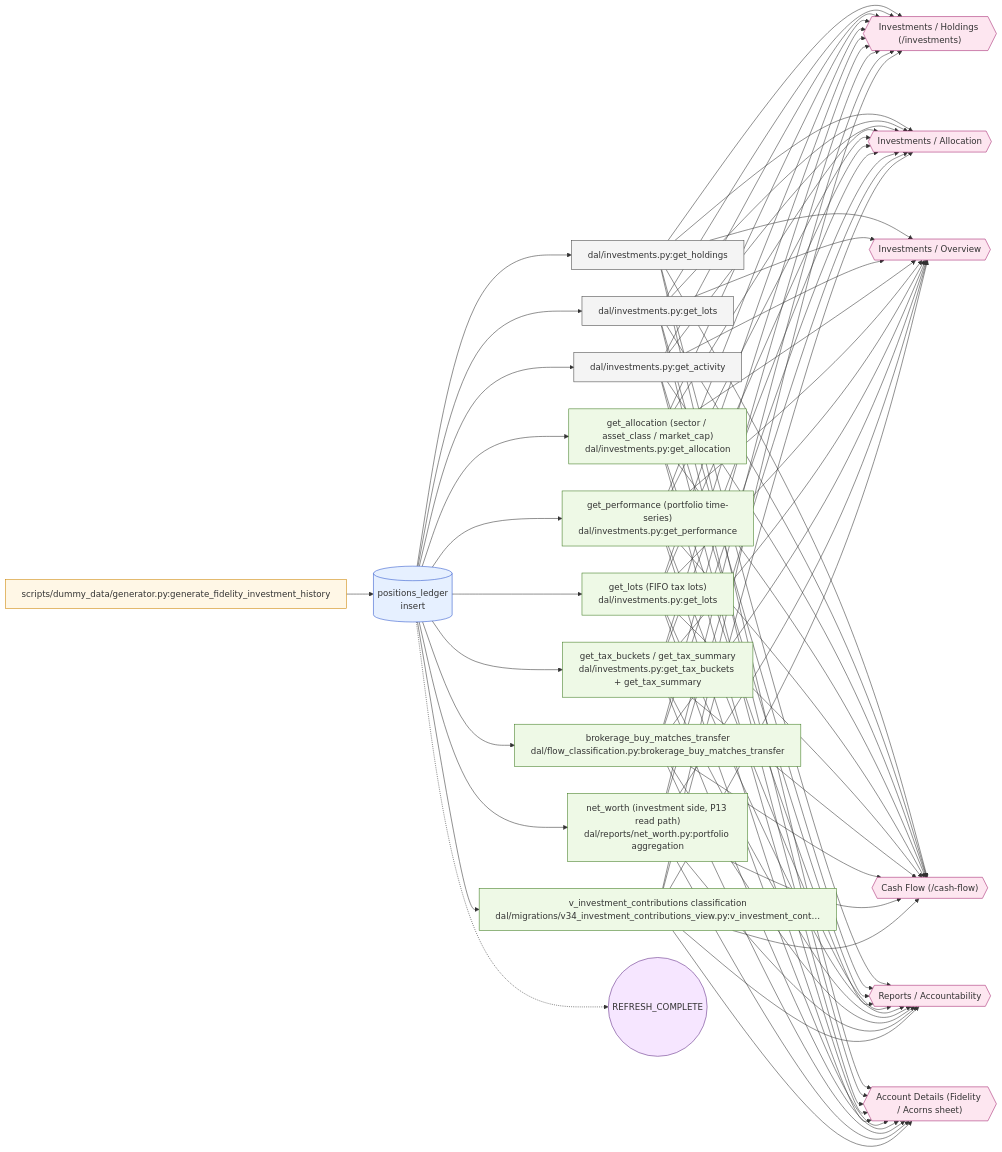
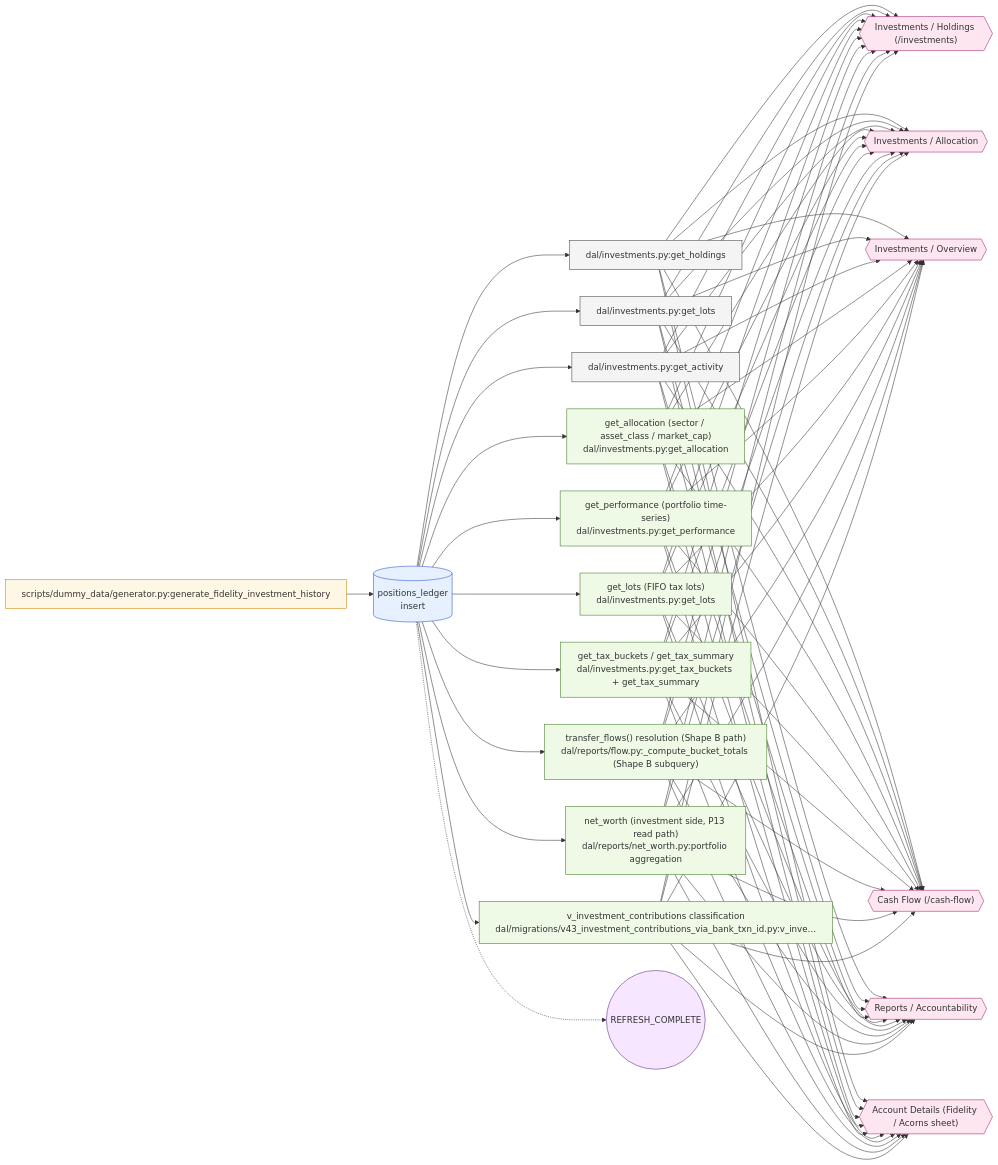
Before and after one commit to wileyqe/Sentry-Finance: the diagram in docs/data-lineage/diagrams/investment_buy.mmd, drawn with Mermaid. The commit also changed 36 other files, not shown here.

```diff
--- a/docs/data-lineage/diagrams/investment_buy.mmd
+++ b/docs/data-lineage/diagrams/investment_buy.mmd
@@ -1,108 +1,108 @@
 %% Auto-generated by build_diagrams.py — do not edit by hand.
 %% Event: investment_buy (class: user_action)
-%% Investment buy (security purchase)
+%% Investment buy (confirmed security purchase)
 graph LR
   origin["scripts/dummy_data/generator.py:generate_fidelity_investment_history"]
   tbl_positions_ledger[("positions_ledger<br/>insert")]
   origin --> tbl_positions_ledger
   dc0_get_holdings["dal/investments.py:get_holdings"]
   dc1_get_lots["dal/investments.py:get_lots"]
   dc2_get_activity["dal/investments.py:get_activity"]
   dv0_get_allocation_sector_asset_class_market_cap["get_allocation (sector / asset_class / market_cap)<br/>dal/investments.py:get_allocation"]
   dv1_get_performance_portfolio_time_series["get_performance (portfolio time-series)<br/>dal/investments.py:get_performance"]
   dv2_get_lots_FIFO_tax_lots["get_lots (FIFO tax lots)<br/>dal/investments.py:get_lots"]
   dv3_get_tax_buckets_get_tax_summary["get_tax_buckets / get_tax_summary<br/>dal/investments.py:get_tax_buckets + get_tax_summary"]
-  dv4_brokerage_buy_matches_transfer["brokerage_buy_matches_transfer<br/>dal/flow_classification.py:brokerage_buy_matches_transfer"]
+  dv4_transfer_flows_resolution_Shape_B_path["transfer_flows() resolution (Shape B path)<br/>dal/reports/flow.py:_compute_bucket_totals (Shape B subquery)"]
   dv5_net_worth_investment_side_P13_read_path["net_worth (investment side, P13 read path)<br/>dal/reports/net_worth.py:portfolio aggregation"]
-  dv6_v_investment_contributions_classification["v_investment_contributions classification<br/>dal/migrations/v34_investment_contributions_view.py:v_investment_cont…"]
+  dv6_v_investment_contributions_classification["v_investment_contributions classification<br/>dal/migrations/v43_investment_contributions_via_bank_txn_id.py:v_inve…"]
   tbl_positions_ledger --> dc0_get_holdings
   tbl_positions_ledger --> dc1_get_lots
   tbl_positions_ledger --> dc2_get_activity
   tbl_positions_ledger --> dv0_get_allocation_sector_asset_class_market_cap
   tbl_positions_ledger --> dv1_get_performance_portfolio_time_series
   tbl_positions_ledger --> dv2_get_lots_FIFO_tax_lots
   tbl_positions_ledger --> dv3_get_tax_buckets_get_tax_summary
-  tbl_positions_ledger --> dv4_brokerage_buy_matches_transfer
+  tbl_positions_ledger --> dv4_transfer_flows_resolution_Shape_B_path
   tbl_positions_ledger --> dv5_net_worth_investment_side_P13_read_path
   tbl_positions_ledger --> dv6_v_investment_contributions_classification
   ui0_Investments_Holdings_investments{{"Investments / Holdings (/investments)"}}
   ui1_Investments_Allocation{{"Investments / Allocation"}}
   ui2_Investments_Overview{{"Investments / Overview"}}
   ui3_Cash_Flow_cash_flow{{"Cash Flow (/cash-flow)"}}
   ui4_Reports_Accountability{{"Reports / Accountability"}}
   ui5_Account_Details_Fidelity_Acorns_sheet{{"Account Details (Fidelity / Acorns sheet)"}}
   dc0_get_holdings --> ui0_Investments_Holdings_investments
   dc1_get_lots --> ui0_Investments_Holdings_investments
   dc2_get_activity --> ui0_Investments_Holdings_investments
   dv0_get_allocation_sector_asset_class_market_cap --> ui0_Investments_Holdings_investments
   dv1_get_performance_portfolio_time_series --> ui0_Investments_Holdings_investments
   dv2_get_lots_FIFO_tax_lots --> ui0_Investments_Holdings_investments
   dv3_get_tax_buckets_get_tax_summary --> ui0_Investments_Holdings_investments
-  dv4_brokerage_buy_matches_transfer --> ui0_Investments_Holdings_investments
+  dv4_transfer_flows_resolution_Shape_B_path --> ui0_Investments_Holdings_investments
   dv5_net_worth_investment_side_P13_read_path --> ui0_Investments_Holdings_investments
   dv6_v_investment_contributions_classification --> ui0_Investments_Holdings_investments
   dc0_get_holdings --> ui1_Investments_Allocation
   dc1_get_lots --> ui1_Investments_Allocation
   dc2_get_activity --> ui1_Investments_Allocation
   dv0_get_allocation_sector_asset_class_market_cap --> ui1_Investments_Allocation
   dv1_get_performance_portfolio_time_series --> ui1_Investments_Allocation
   dv2_get_lots_FIFO_tax_lots --> ui1_Investments_Allocation
   dv3_get_tax_buckets_get_tax_summary --> ui1_Investments_Allocation
-  dv4_brokerage_buy_matches_transfer --> ui1_Investments_Allocation
+  dv4_transfer_flows_resolution_Shape_B_path --> ui1_Investments_Allocation
   dv5_net_worth_investment_side_P13_read_path --> ui1_Investments_Allocation
   dv6_v_investment_contributions_classification --> ui1_Investments_Allocation
   dc0_get_holdings --> ui2_Investments_Overview
   dc1_get_lots --> ui2_Investments_Overview
   dc2_get_activity --> ui2_Investments_Overview
   dv0_get_allocation_sector_asset_class_market_cap --> ui2_Investments_Overview
   dv1_get_performance_portfolio_time_series --> ui2_Investments_Overview
   dv2_get_lots_FIFO_tax_lots --> ui2_Investments_Overview
   dv3_get_tax_buckets_get_tax_summary --> ui2_Investments_Overview
-  dv4_brokerage_buy_matches_transfer --> ui2_Investments_Overview
+  dv4_transfer_flows_resolution_Shape_B_path --> ui2_Investments_Overview
   dv5_net_worth_investment_side_P13_read_path --> ui2_Investments_Overview
   dv6_v_investment_contributions_classification --> ui2_Investments_Overview
   dc0_get_holdings --> ui3_Cash_Flow_cash_flow
   dc1_get_lots --> ui3_Cash_Flow_cash_flow
   dc2_get_activity --> ui3_Cash_Flow_cash_flow
   dv0_get_allocation_sector_asset_class_market_cap --> ui3_Cash_Flow_cash_flow
   dv1_get_performance_portfolio_time_series --> ui3_Cash_Flow_cash_flow
   dv2_get_lots_FIFO_tax_lots --> ui3_Cash_Flow_cash_flow
   dv3_get_tax_buckets_get_tax_summary --> ui3_Cash_Flow_cash_flow
-  dv4_brokerage_buy_matches_transfer --> ui3_Cash_Flow_cash_flow
+  dv4_transfer_flows_resolution_Shape_B_path --> ui3_Cash_Flow_cash_flow
   dv5_net_worth_investment_side_P13_read_path --> ui3_Cash_Flow_cash_flow
   dv6_v_investment_contributions_classification --> ui3_Cash_Flow_cash_flow
   dc0_get_holdings --> ui4_Reports_Accountability
   dc1_get_lots --> ui4_Reports_Accountability
   dc2_get_activity --> ui4_Reports_Accountability
   dv0_get_allocation_sector_asset_class_market_cap --> ui4_Reports_Accountability
   dv1_get_performance_portfolio_time_series --> ui4_Reports_Accountability
   dv2_get_lots_FIFO_tax_lots --> ui4_Reports_Accountability
   dv3_get_tax_buckets_get_tax_summary --> ui4_Reports_Accountability
-  dv4_brokerage_buy_matches_transfer --> ui4_Reports_Accountability
+  dv4_transfer_flows_resolution_Shape_B_path --> ui4_Reports_Accountability
   dv5_net_worth_investment_side_P13_read_path --> ui4_Reports_Accountability
   dv6_v_investment_contributions_classification --> ui4_Reports_Accountability
   dc0_get_holdings --> ui5_Account_Details_Fidelity_Acorns_sheet
   dc1_get_lots --> ui5_Account_Details_Fidelity_Acorns_sheet
   dc2_get_activity --> ui5_Account_Details_Fidelity_Acorns_sheet
   dv0_get_allocation_sector_asset_class_market_cap --> ui5_Account_Details_Fidelity_Acorns_sheet
   dv1_get_performance_portfolio_time_series --> ui5_Account_Details_Fidelity_Acorns_sheet
   dv2_get_lots_FIFO_tax_lots --> ui5_Account_Details_Fidelity_Acorns_sheet
   dv3_get_tax_buckets_get_tax_summary --> ui5_Account_Details_Fidelity_Acorns_sheet
-  dv4_brokerage_buy_matches_transfer --> ui5_Account_Details_Fidelity_Acorns_sheet
+  dv4_transfer_flows_resolution_Shape_B_path --> ui5_Account_Details_Fidelity_Acorns_sheet
   dv5_net_worth_investment_side_P13_read_path --> ui5_Account_Details_Fidelity_Acorns_sheet
   dv6_v_investment_contributions_classification --> ui5_Account_Details_Fidelity_Acorns_sheet
   ex0_REFRESH_COMPLETE(("REFRESH_COMPLETE"))
   tbl_positions_ledger -.-> ex0_REFRESH_COMPLETE
 
   classDef origin fill:#fff7e6,stroke:#cc8400,stroke-width:1px;
   classDef table fill:#e6f0ff,stroke:#2952cc,stroke-width:1px;
   classDef consumer fill:#f4f4f4,stroke:#444,stroke-width:1px;
   classDef derivation fill:#eef9e6,stroke:#3d7a1f,stroke-width:1px;
   classDef ui fill:#fde6f0,stroke:#a5226f,stroke-width:1px;
   classDef effect fill:#f6e6ff,stroke:#5e2a82,stroke-width:1px;
   class origin origin;
   class tbl_positions_ledger table;
   class dc0_get_holdings,dc1_get_lots,dc2_get_activity consumer;
-  class dv0_get_allocation_sector_asset_class_market_cap,dv1_get_performance_portfolio_time_series,dv2_get_lots_FIFO_tax_lots,dv3_get_tax_buckets_get_tax_summary,dv4_brokerage_buy_matches_transfer,dv5_net_worth_investment_side_P13_read_path,dv6_v_investment_contributions_classification derivation;
+  class dv0_get_allocation_sector_asset_class_market_cap,dv1_get_performance_portfolio_time_series,dv2_get_lots_FIFO_tax_lots,dv3_get_tax_buckets_get_tax_summary,dv4_transfer_flows_resolution_Shape_B_path,dv5_net_worth_investment_side_P13_read_path,dv6_v_investment_contributions_classification derivation;
   class ui0_Investments_Holdings_investments,ui1_Investments_Allocation,ui2_Investments_Overview,ui3_Cash_Flow_cash_flow,ui4_Reports_Accountability,ui5_Account_Details_Fidelity_Acorns_sheet ui;
   class ex0_REFRESH_COMPLETE effect;
```
